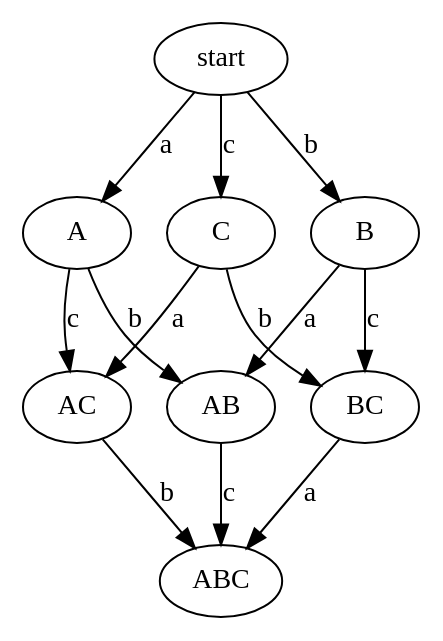
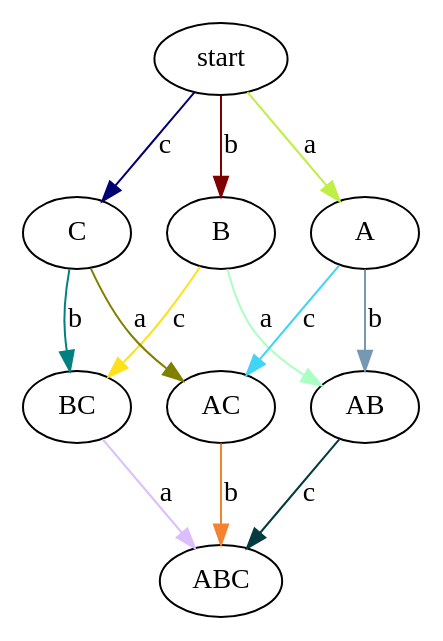
The diagram in examples/BTI SP WF/SP WF generated BTI.dot (WilliamArnone/Tallulah), drawn with Graphviz before and after one commit. The commit also changed 19 other files, not shown here.

```diff
--- a/examples/BTI SP WF/SP WF generated BTI.dot
+++ b/examples/BTI SP WF/SP WF generated BTI.dot
@@ -1,22 +1,22 @@
 digraph G {
-	"start" -> "A" [label="a"]
-	"start" -> "B" [label="b"]
-	"start" -> "C" [label="c"]
-	"A" -> "AB" [label="b"]
-	"A" -> "AC" [label="c"]
-	"AB" -> "ABC" [label="c"]
-	"BC" -> "ABC" [label="a"]
-	"B" -> "AB" [label="a"]
-	"B" -> "BC" [label="c"]
-	"C" -> "BC" [label="b"]
-	"C" -> "AC" [label="a"]
-	"AC" -> "ABC" [label="b"]
+	"AC" -> "ABC" [label="b", color="#f58231"]
+	"BC" -> "ABC" [label="a", color="#dcbeff"]
+	"start" -> "B" [label="b", color="#800000"]
+	"start" -> "C" [label="c", color="#000075"]
+	"start" -> "A" [label="a", color="#bfef45"]
+	"AB" -> "ABC" [label="c", color="#023C40"]
+	"B" -> "BC" [label="c", color="#ffe119"]
+	"B" -> "AB" [label="a", color="#aaffc3"]
+	"C" -> "AC" [label="a", color="#808000"]
+	"C" -> "BC" [label="b", color="#008080"]
+	"A" -> "AC" [label="c", color="#42d4f4"]
+	"A" -> "AB" [label="b", color="#7698B3"]
 } 
-/* 
+ /* 
+	< ABC -a-> BC / < ABC -c-> AB
+	< AC -a-> C / < AC -c-> A
+	< ABC -b-> AC / < ABC -a-> BC
 	< AB -a-> B / < AB -b-> A
-	< AC -a-> C / < AC -c-> A
 	< BC -c-> B / < BC -b-> C
-	< ABC -a-> BC / < ABC -b-> AC
-	< ABC -b-> AC / < ABC -c-> AB
-	< ABC -a-> BC / < ABC -c-> AB
+	< ABC -c-> AB / < ABC -b-> AC
 */
```
